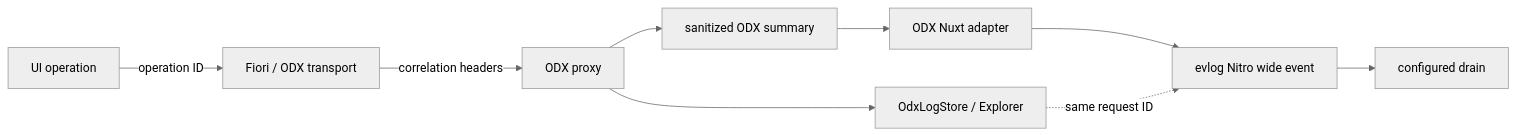
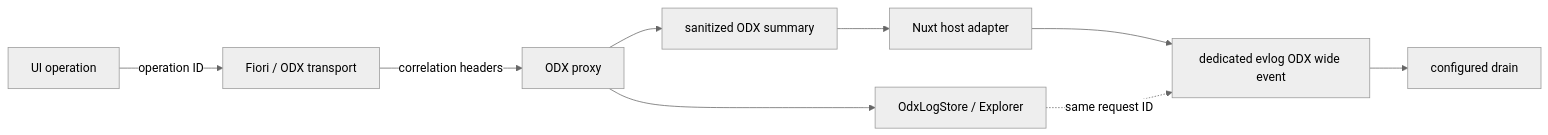
Before and after one commit to janfrl/odx-js: the diagram in research/evlog-observability-evaluation.md, drawn with Mermaid (neutral theme). The commit also changed other lines of this file and 11 other files, not shown here.

Commit message:
test(nuxt): validate evlog host observability

````diff
--- a/research/evlog-observability-evaluation.md
+++ b/research/evlog-observability-evaluation.md
@@ -59,11 +71,11 @@
 ```mermaid
 flowchart LR
   UI["UI operation"] -->|"operation ID"| Transport["Fiori / ODX transport"]
   Transport -->|"correlation headers"| Proxy["ODX proxy"]
   Proxy --> Trace["sanitized ODX summary"]
   Proxy --> Store["OdxLogStore / Explorer"]
-  Trace --> Adapter["ODX Nuxt adapter"]
-  Adapter --> Event["evlog Nitro wide event"]
+  Trace --> Adapter["Nuxt host adapter"]
+  Adapter --> Event["dedicated evlog ODX wide event"]
   Event --> Drain["configured drain"]
   Store -. "same request ID" .-> Event
 ```
````
